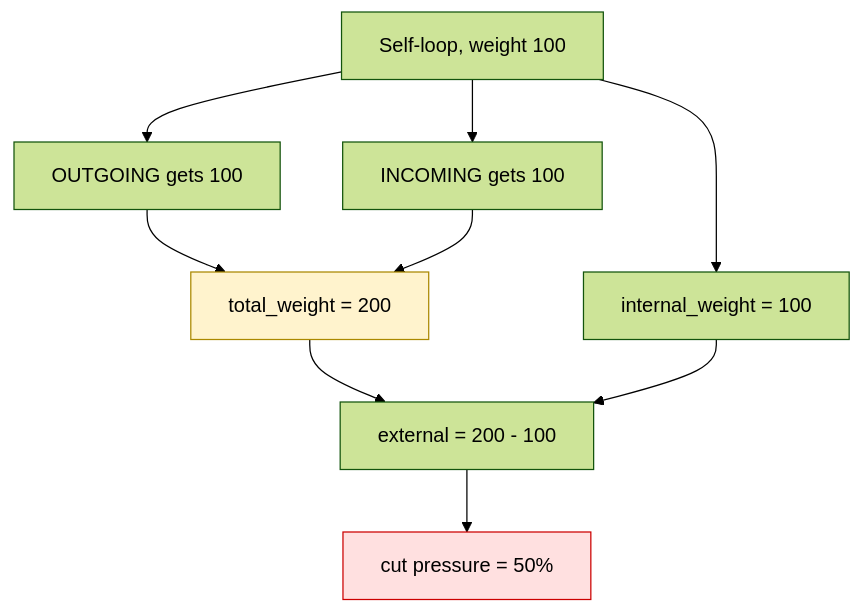
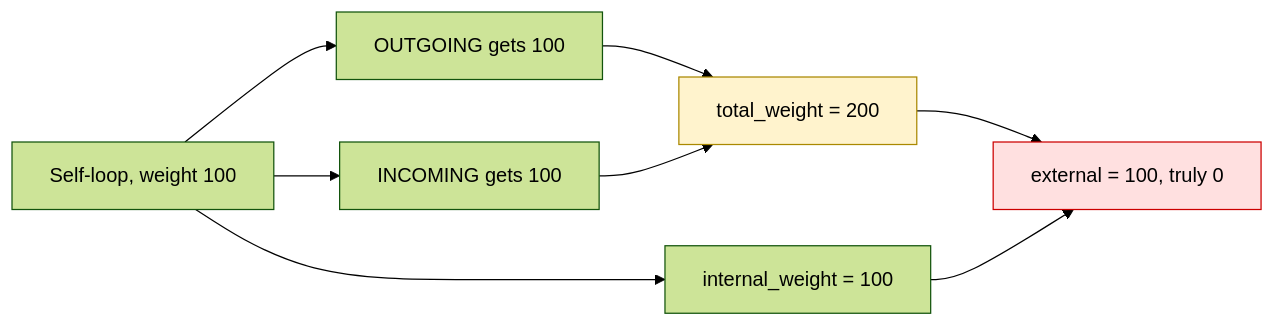
Before and after one commit to mondweep/vibe-cast: the seventh of 9 diagrams in README.md, drawn with Mermaid (forest theme). The commit also changed other lines of this file, not shown here.

First line of the commit message:
Make diagrams short enough to fit GitHub's viewer

````diff
--- a/README.md
+++ b/README.md
@@ -331,14 +328,12 @@
 ```mermaid
-flowchart TB
-    SELF["Self-loop, weight 100"]
-    SELF --> OUT["OUTGOING gets 100"]
+flowchart LR
+    SELF["Self-loop, weight 100"] --> OUT["OUTGOING gets 100"]
     SELF --> INC["INCOMING gets 100"]
     OUT --> TOT["total_weight = 200"]
     INC --> TOT
     SELF --> INT["internal_weight = 100"]
-    TOT --> EXT["external = 200 - 100"]
+    TOT --> EXT["external = 100, truly 0"]
     INT --> EXT
-    EXT --> P["cut pressure = 50%"]
-    style P fill:#ffe0e0,stroke:#c00
+    style EXT fill:#ffe0e0,stroke:#c00
     style TOT fill:#fff3cd,stroke:#a80
 ```
````
